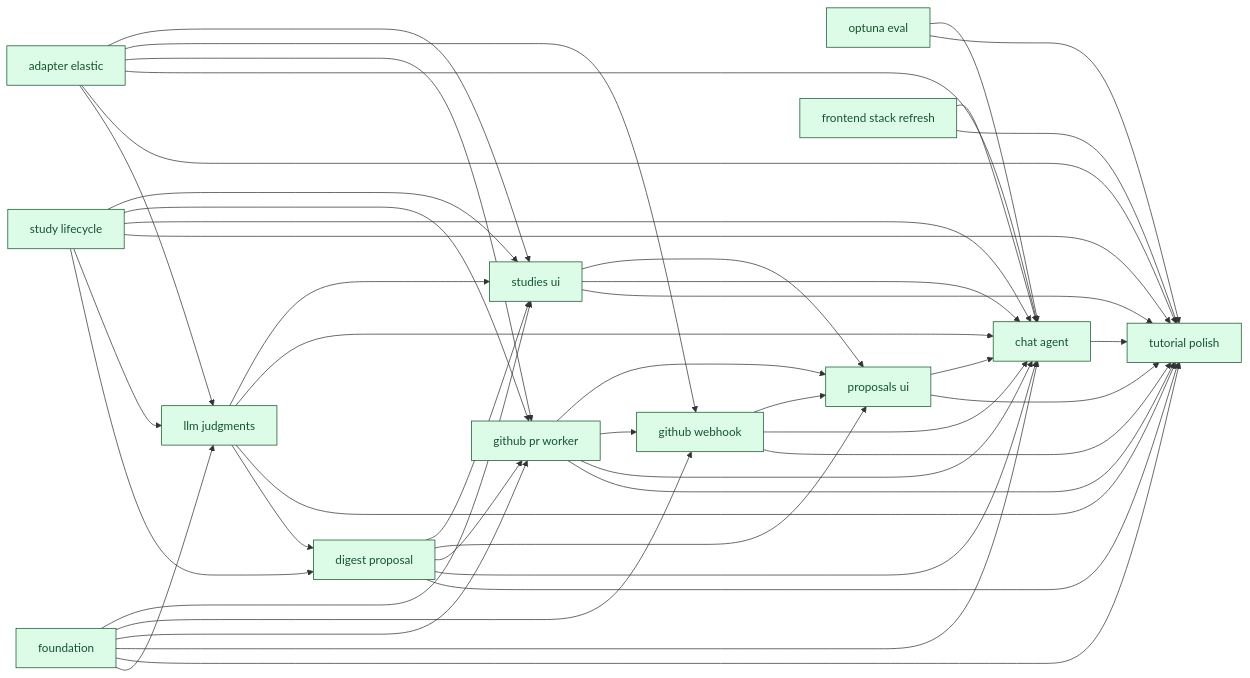
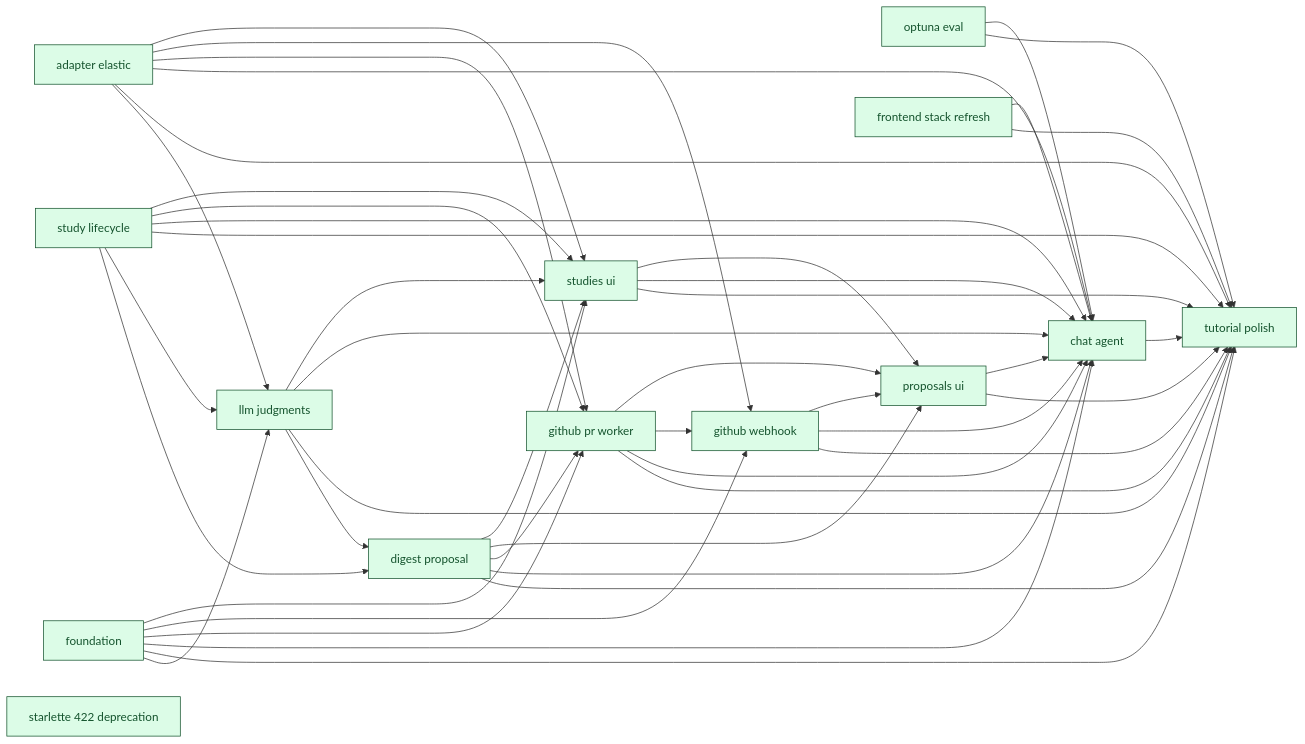
One commit to SoundMindsAI/relyloop changed the diagram in docs/00_overview/MVP1_DASHBOARD.md. Above: the diagram before and after it, drawn with Mermaid. The commit also changed other lines of this file and 6 other files, not shown here.

````diff
--- a/docs/00_overview/MVP1_DASHBOARD.md
+++ b/docs/00_overview/MVP1_DASHBOARD.md
@@ -91,78 +91,80 @@
 ```mermaid
 graph LR
   classDef done fill:#dcfce7,stroke:#14532d,color:#14532d;
   classDef implement fill:#ffedd5,stroke:#9a3412,color:#9a3412;
   classDef plan fill:#fef9c3,stroke:#854d0e,color:#854d0e;
   classDef spec fill:#dbeafe,stroke:#1e40af,color:#1e40af;
   classDef idea fill:#f1f5f9,stroke:#334155,color:#334155;
   infra_foundation["foundation"]
   class infra_foundation done;
   feat_study_lifecycle["study lifecycle"]
   class feat_study_lifecycle done;
   infra_adapter_elastic["adapter elastic"]
   class infra_adapter_elastic done;
   infra_optuna_eval["optuna eval"]
   class infra_optuna_eval done;
   feat_digest_proposal["digest proposal"]
   class feat_digest_proposal done;
   feat_llm_judgments["llm judgments"]
   class feat_llm_judgments done;
   chore_tutorial_polish["tutorial polish"]
   class chore_tutorial_polish done;
   feat_chat_agent["chat agent"]
   class feat_chat_agent done;
   feat_github_pr_worker["github pr worker"]
   class feat_github_pr_worker done;
   feat_github_webhook["github webhook"]
   class feat_github_webhook done;
   feat_proposals_ui["proposals ui"]
   class feat_proposals_ui done;
   feat_studies_ui["studies ui"]
   class feat_studies_ui done;
   infra_frontend_stack_refresh["frontend stack refresh"]
   class infra_frontend_stack_refresh done;
+  chore_starlette_422_deprecation["starlette 422 deprecation"]
+  class chore_starlette_422_deprecation done;
   feat_study_lifecycle --> feat_digest_proposal
   feat_llm_judgments --> feat_digest_proposal
   infra_foundation --> feat_llm_judgments
   infra_adapter_elastic --> feat_llm_judgments
   feat_study_lifecycle --> feat_llm_judgments
   feat_chat_agent --> chore_tutorial_polish
   feat_digest_proposal --> chore_tutorial_polish
   feat_github_pr_worker --> chore_tutorial_polish
   feat_github_webhook --> chore_tutorial_polish
   feat_llm_judgments --> chore_tutorial_polish
   feat_proposals_ui --> chore_tutorial_polish
   feat_studies_ui --> chore_tutorial_polish
   feat_study_lifecycle --> chore_tutorial_polish
   infra_adapter_elastic --> chore_tutorial_polish
   infra_foundation --> chore_tutorial_polish
   infra_frontend_stack_refresh --> chore_tutorial_polish
   infra_optuna_eval --> chore_tutorial_polish
   feat_digest_proposal --> feat_chat_agent
   feat_github_pr_worker --> feat_chat_agent
   feat_github_webhook --> feat_chat_agent
   feat_llm_judgments --> feat_chat_agent
   feat_proposals_ui --> feat_chat_agent
   feat_studies_ui --> feat_chat_agent
   feat_study_lifecycle --> feat_chat_agent
   infra_adapter_elastic --> feat_chat_agent
   infra_foundation --> feat_chat_agent
   infra_frontend_stack_refresh --> feat_chat_agent
   infra_optuna_eval --> feat_chat_agent
   infra_foundation --> feat_github_pr_worker
   infra_adapter_elastic --> feat_github_pr_worker
   feat_study_lifecycle --> feat_github_pr_worker
   feat_digest_proposal --> feat_github_pr_worker
   infra_foundation --> feat_github_webhook
   infra_adapter_elastic --> feat_github_webhook
   feat_github_pr_worker --> feat_github_webhook
   feat_studies_ui --> feat_proposals_ui
   feat_digest_proposal --> feat_proposals_ui
   feat_github_pr_worker --> feat_proposals_ui
   feat_github_webhook --> feat_proposals_ui
   infra_foundation --> feat_studies_ui
   feat_study_lifecycle --> feat_studies_ui
   feat_digest_proposal --> feat_studies_ui
   feat_llm_judgments --> feat_studies_ui
   infra_adapter_elastic --> feat_studies_ui
 ```
````
